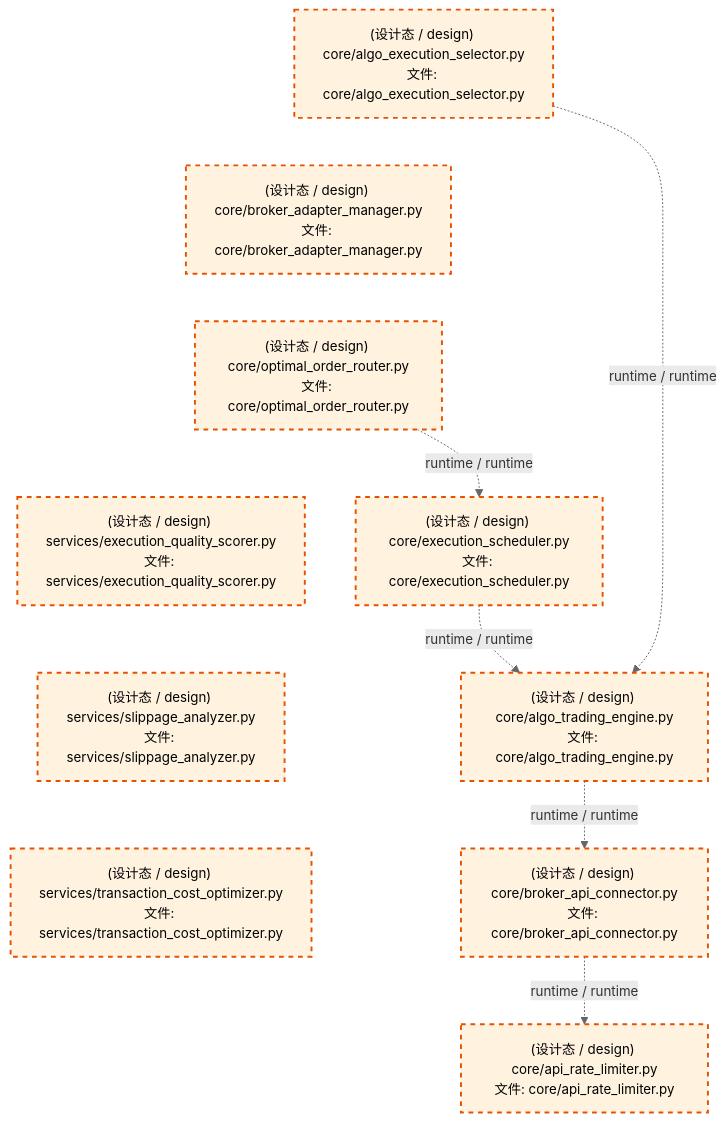
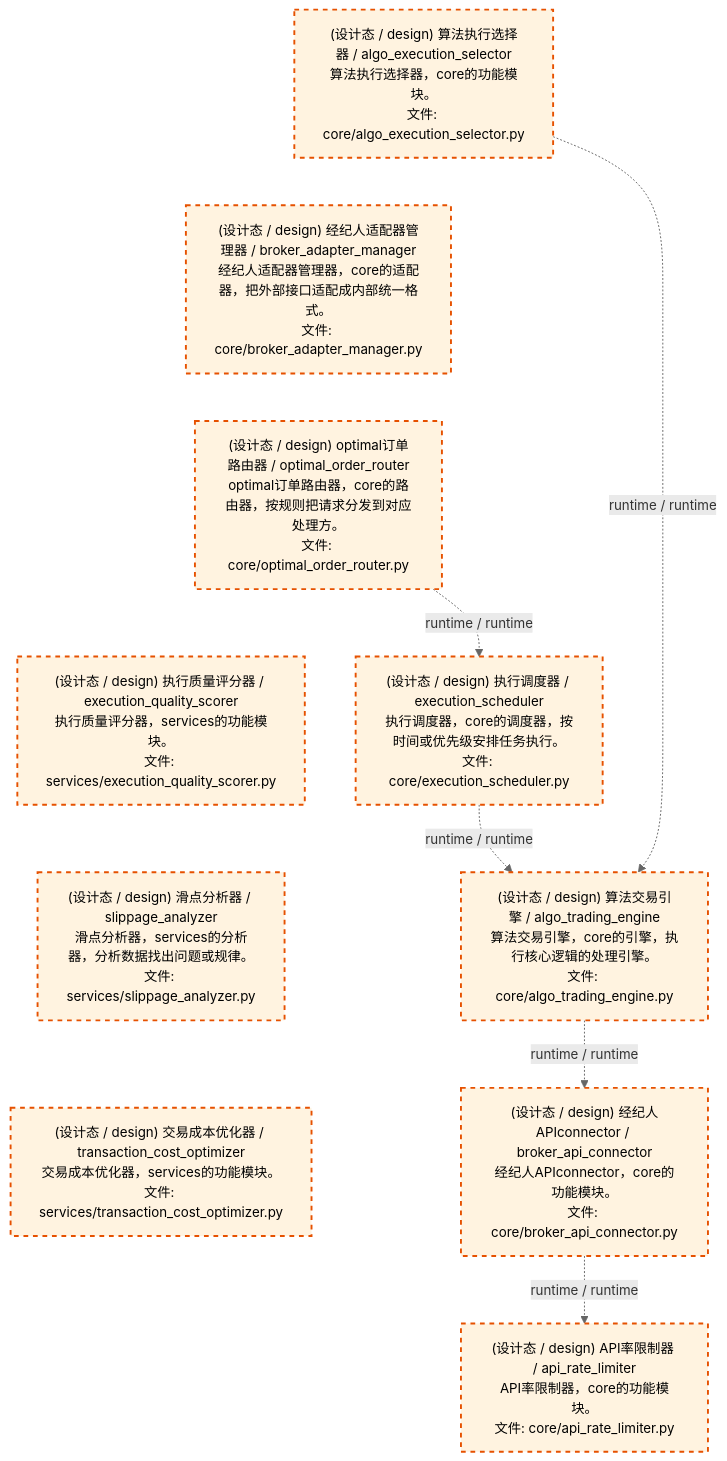
The third of 4 diagrams in docs/02_enterprise_architecture/02_domain_architecture_docs/45_d_ex_sor.md (xuanFelixVan/ZephyrAlpha), drawn with Mermaid before and after one commit. The commit also changed other lines of this file and 60 other files, not shown here.

````diff
--- a/docs/02_enterprise_architecture/02_domain_architecture_docs/45_d_ex_sor.md
+++ b/docs/02_enterprise_architecture/02_domain_architecture_docs/45_d_ex_sor.md
@@ -138,29 +138,29 @@
 ```mermaid
 %%{init: {'theme': 'base', 'themeVariables': {'primaryColor': '#eaeaea', 'primaryTextColor': '#333333', 'primaryBorderColor': '#666666', 'lineColor': '#666666', 'secondaryColor': '#eaeaea', 'tertiaryColor': '#eaeaea', 'fontSize': '14px'}}}%%
 flowchart TD
-    src_zephyr_ex_sor_core_algo_execution_selector_py["(设计态 / design) core/algo_execution_selector.py<br/>文件: core/algo_execution_selector.py"]
-    src_zephyr_ex_sor_core_broker_adapter_manager_py["(设计态 / design) core/broker_adapter_manager.py<br/>文件: core/broker_adapter_manager.py"]
-    src_zephyr_ex_sor_core_optimal_order_router_py["(设计态 / design) core/optimal_order_router.py<br/>文件: core/optimal_order_router.py"]
-    src_zephyr_ex_sor_services_execution_quality_scorer_py["(设计态 / design) services/execution_quality_scorer.py<br/>文件: services/execution_quality_scorer.py"]
-    src_zephyr_ex_sor_services_slippage_analyzer_py["(设计态 / design) services/slippage_analyzer.py<br/>文件: services/slippage_analyzer.py"]
-    src_zephyr_ex_sor_services_transaction_cost_optimizer_py["(设计态 / design) services/transaction_cost_optimizer.py<br/>文件: services/transaction_cost_optimizer.py"]
+    src_zephyr_ex_sor_core_algo_execution_selector_py["(设计态 / design) 算法执行选择器 / algo_execution_selector<br/>算法执行选择器，core的功能模块。<br/>文件: core/algo_execution_selector.py"]
+    src_zephyr_ex_sor_core_broker_adapter_manager_py["(设计态 / design) 经纪人适配器管理器 / broker_adapter_manager<br/>经纪人适配器管理器，core的适配器，把外部接口适配成内部统一格式。<br/>文件: core/broker_adapter_manager.py"]
+    src_zephyr_ex_sor_core_optimal_order_router_py["(设计态 / design) optimal订单路由器 / optimal_order_router<br/>optimal订单路由器，core的路由器，按规则把请求分发到对应处理方。<br/>文件: core/optimal_order_router.py"]
+    src_zephyr_ex_sor_services_execution_quality_scorer_py["(设计态 / design) 执行质量评分器 / execution_quality_scorer<br/>执行质量评分器，services的功能模块。<br/>文件: services/execution_quality_scorer.py"]
+    src_zephyr_ex_sor_services_slippage_analyzer_py["(设计态 / design) 滑点分析器 / slippage_analyzer<br/>滑点分析器，services的分析器，分析数据找出问题或规律。<br/>文件: services/slippage_analyzer.py"]
+    src_zephyr_ex_sor_services_transaction_cost_optimizer_py["(设计态 / design) 交易成本优化器 / transaction_cost_optimizer<br/>交易成本优化器，services的功能模块。<br/>文件: services/transaction_cost_optimizer.py"]
     src_zephyr_ex_sor_core_algo_execution_selector_py ~~~ src_zephyr_ex_sor_core_broker_adapter_manager_py
     src_zephyr_ex_sor_core_broker_adapter_manager_py ~~~ src_zephyr_ex_sor_core_optimal_order_router_py
     src_zephyr_ex_sor_core_optimal_order_router_py ~~~ src_zephyr_ex_sor_services_execution_quality_scorer_py
     src_zephyr_ex_sor_services_execution_quality_scorer_py ~~~ src_zephyr_ex_sor_services_slippage_analyzer_py
     src_zephyr_ex_sor_services_slippage_analyzer_py ~~~ src_zephyr_ex_sor_services_transaction_cost_optimizer_py
-    src_zephyr_ex_sor_core_execution_scheduler_py["(设计态 / design) core/execution_scheduler.py<br/>文件: core/execution_scheduler.py"]
-    src_zephyr_ex_sor_core_algo_trading_engine_py["(设计态 / design) core/algo_trading_engine.py<br/>文件: core/algo_trading_engine.py"]
-    src_zephyr_ex_sor_core_broker_api_connector_py["(设计态 / design) core/broker_api_connector.py<br/>文件: core/broker_api_connector.py"]
-    src_zephyr_ex_sor_core_api_rate_limiter_py["(设计态 / design) core/api_rate_limiter.py<br/>文件: core/api_rate_limiter.py"]
+    src_zephyr_ex_sor_core_execution_scheduler_py["(设计态 / design) 执行调度器 / execution_scheduler<br/>执行调度器，core的调度器，按时间或优先级安排任务执行。<br/>文件: core/execution_scheduler.py"]
+    src_zephyr_ex_sor_core_algo_trading_engine_py["(设计态 / design) 算法交易引擎 / algo_trading_engine<br/>算法交易引擎，core的引擎，执行核心逻辑的处理引擎。<br/>文件: core/algo_trading_engine.py"]
+    src_zephyr_ex_sor_core_broker_api_connector_py["(设计态 / design) 经纪人APIconnector / broker_api_connector<br/>经纪人APIconnector，core的功能模块。<br/>文件: core/broker_api_connector.py"]
+    src_zephyr_ex_sor_core_api_rate_limiter_py["(设计态 / design) API率限制器 / api_rate_limiter<br/>API率限制器，core的功能模块。<br/>文件: core/api_rate_limiter.py"]
     src_zephyr_ex_sor_core_optimal_order_router_py -.->|runtime / runtime| src_zephyr_ex_sor_core_execution_scheduler_py
     src_zephyr_ex_sor_core_execution_scheduler_py -.->|runtime / runtime| src_zephyr_ex_sor_core_algo_trading_engine_py
     src_zephyr_ex_sor_core_algo_trading_engine_py -.->|runtime / runtime| src_zephyr_ex_sor_core_broker_api_connector_py
     src_zephyr_ex_sor_core_algo_execution_selector_py -.->|runtime / runtime| src_zephyr_ex_sor_core_algo_trading_engine_py
     src_zephyr_ex_sor_core_broker_api_connector_py -.->|runtime / runtime| src_zephyr_ex_sor_core_api_rate_limiter_py
     classDef production fill:#e1f5fe,stroke:#01579b,stroke-width:2px,color:#000
     classDef design fill:#fff3e0,stroke:#e65100,stroke-width:2px,color:#000,stroke-dasharray: 5 5
     classDef external_prod fill:#e8f4fd,stroke:#0277bd,stroke-width:1px,color:#000
     classDef external_design fill:#fff8e7,stroke:#ef6c00,stroke-width:1px,color:#000,stroke-dasharray: 5 5
     class src_zephyr_ex_sor_core_algo_execution_selector_py,src_zephyr_ex_sor_core_algo_trading_engine_py,src_zephyr_ex_sor_core_api_rate_limiter_py,src_zephyr_ex_sor_core_broker_adapter_manager_py,src_zephyr_ex_sor_core_broker_api_connector_py,src_zephyr_ex_sor_core_execution_scheduler_py,src_zephyr_ex_sor_core_optimal_order_router_py,src_zephyr_ex_sor_services_execution_quality_scorer_py,src_zephyr_ex_sor_services_slippage_analyzer_py,src_zephyr_ex_sor_services_transaction_cost_optimizer_py design
 ```
````
